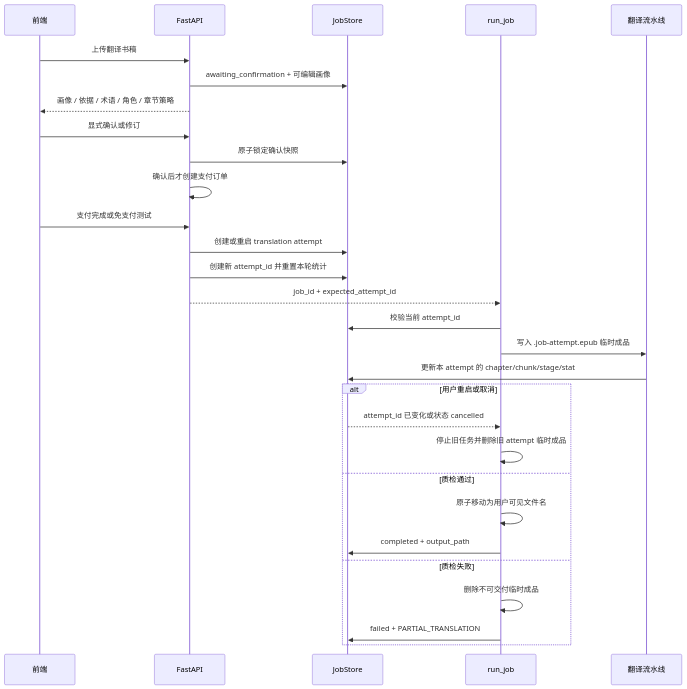
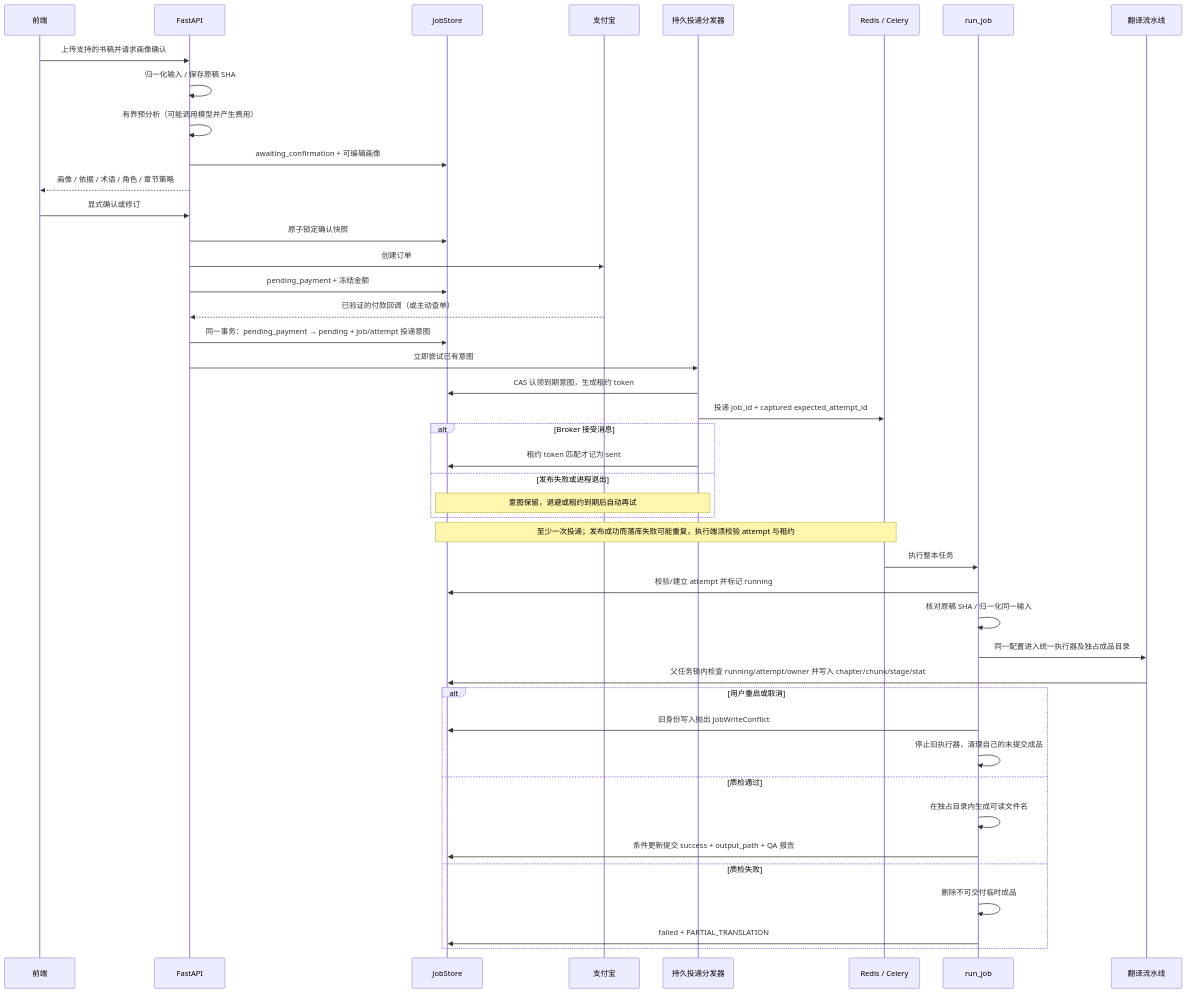
The second of 6 diagrams in docs/ARCHITECTURE-DIAGRAM.md (zengchanghuan/epub-factory), drawn with Mermaid before and after one commit. The commit also changed other lines of this file and 106 other files, not shown here.

````diff
--- a/docs/ARCHITECTURE-DIAGRAM.md
+++ b/docs/ARCHITECTURE-DIAGRAM.md
@@ -58,32 +85,47 @@
 ```mermaid
 sequenceDiagram
   participant UI as 前端
   participant API as FastAPI
   participant Store as JobStore
+  participant Pay as 支付宝
+  participant Relay as 持久投递分发器
+  participant Queue as Redis / Celery
   participant Runner as run_job
   participant Pipeline as 翻译流水线
 
-  UI->>API: 上传翻译书稿
+  UI->>API: 上传支持的书稿并请求画像确认
+  API->>API: 归一化输入 / 保存原稿 SHA
+  API->>API: 有界预分析（可能调用模型并产生费用）
   API->>Store: awaiting_confirmation + 可编辑画像
   API-->>UI: 画像 / 依据 / 术语 / 角色 / 章节策略
   UI->>API: 显式确认或修订
   API->>Store: 原子锁定确认快照
-  API->>API: 确认后才创建支付订单
-  UI->>API: 支付完成或免支付测试
-  API->>Store: 创建或重启 translation attempt
-  API->>Store: 创建新 attempt_id 并重置本轮统计
-  API-->>Runner: job_id + expected_attempt_id
-  Runner->>Store: 校验当前 attempt_id
-  Runner->>Pipeline: 写入 .job-attempt.epub 临时成品
-  Pipeline->>Store: 更新本 attempt 的 chapter/chunk/stage/stat
+  API->>Pay: 创建订单
+  API->>Store: pending_payment + 冻结金额
+  Pay-->>API: 已验证的付款回调（或主动查单）
+  API->>Store: 同一事务：pending_payment → pending + job/attempt 投递意图
+  API->>Relay: 立即尝试已有意图
+  Relay->>Store: CAS 认领到期意图，生成租约 token
+  Relay->>Queue: 投递 job_id + captured expected_attempt_id
+  alt Broker 接受消息
+    Relay->>Store: 租约 token 匹配才记为 sent
+  else 发布失败或进程退出
+    Note over Relay,Store: 意图保留，退避或租约到期后自动再试
+  end
+  Note over Store,Queue: 至少一次投递；发布成功而落库失败可能重复，执行端须校验 attempt 与租约
+  Queue->>Runner: 执行整本任务
+  Runner->>Store: 校验/建立 attempt 并标记 running
+  Runner->>Runner: 核对原稿 SHA / 归一化同一输入
+  Runner->>Pipeline: 同一配置进入统一执行器及独占成品目录
+  Pipeline->>Store: 父任务锁内检查 running/attempt/owner 并写入 chapter/chunk/stage/stat
   alt 用户重启或取消
-    Store-->>Runner: attempt_id 已变化或状态 cancelled
-    Runner->>Runner: 停止旧任务并删除旧 attempt 临时成品
+    Runner->>Store: 旧身份写入抛出 JobWriteConflict
+    Runner->>Runner: 停止旧执行器，清理自己的未提交成品
   else 质检通过
-    Runner->>Runner: 原子移动为用户可见文件名
-    Runner->>Store: completed + output_path
+    Runner->>Runner: 在独占目录内生成可读文件名
+    Runner->>Store: 条件更新提交 success + output_path + QA 报告
   else 质检失败
     Runner->>Runner: 删除不可交付临时成品
     Runner->>Store: failed + PARTIAL_TRANSLATION
   end
 ```
````
